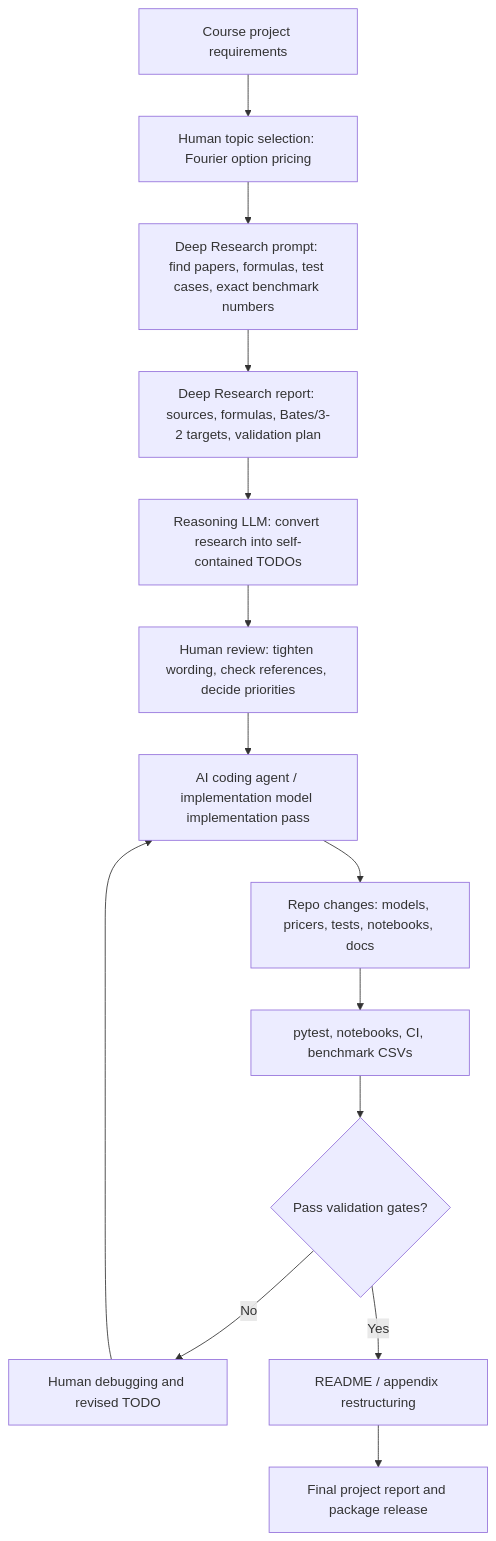
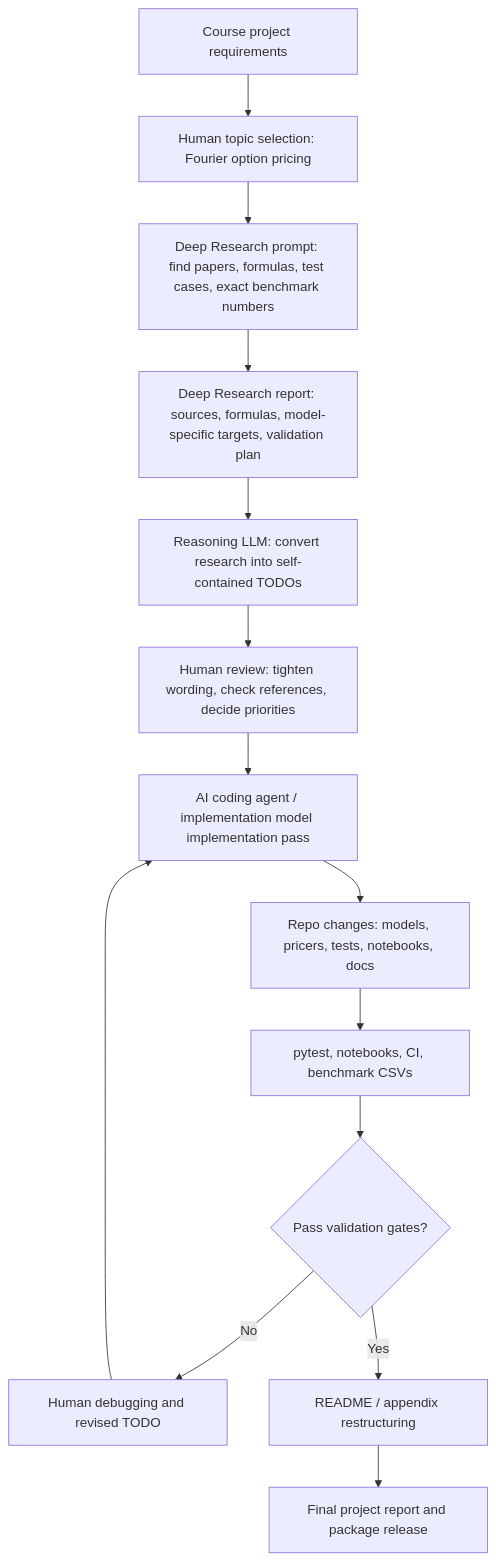
One commit to nl2992/fourier-option-pricer changed the diagram in docs/ai_workflow_and_contribution.md. Above: the diagram before and after it, drawn with Mermaid. The commit also changed other lines of this file, not shown here.

````diff
--- a/docs/ai_workflow_and_contribution.md
+++ b/docs/ai_workflow_and_contribution.md
@@ -34,16 +34,16 @@
 ```mermaid
 flowchart TD
     A[Course project requirements] --> B[Human topic selection: Fourier option pricing]
     B --> C[Deep Research prompt: find papers, formulas, test cases, exact benchmark numbers]
-    C --> D[Deep Research report: sources, formulas, Bates/3-2 targets, validation plan]
+    C --> D[Deep Research report: sources, formulas, model-specific targets, validation plan]
     D --> E[Reasoning LLM: convert research into self-contained TODOs]
     E --> F[Human review: tighten wording, check references, decide priorities]
     F --> G[AI coding agent / implementation model implementation pass]
     G --> H[Repo changes: models, pricers, tests, notebooks, docs]
     H --> I[pytest, notebooks, CI, benchmark CSVs]
     I --> J{Pass validation gates?}
     J -- No --> K[Human debugging and revised TODO]
     K --> G
     J -- Yes --> L[README / appendix restructuring]
     L --> M[Final project report and package release]
 ```
````
